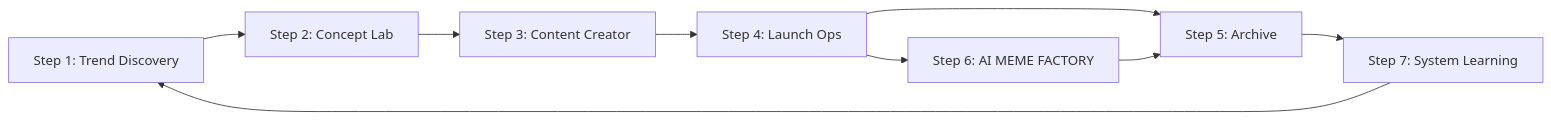
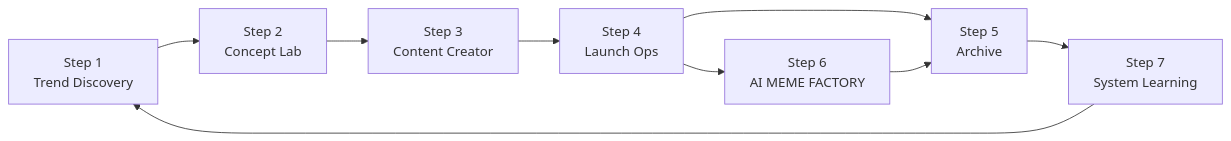
The first of 2 diagrams in docs/stages/overview.mdx (0xchalker/mintlify-docs), drawn with Mermaid before and after one commit. The commit also changed other lines of this file and 1 other file, not shown here.

````diff
--- a/docs/stages/overview.mdx
+++ b/docs/stages/overview.mdx
@@ -24,11 +26,11 @@
 ```mermaid
 flowchart LR
-    A["Step 1: Trend Discovery"] --> B["Step 2: Concept Lab"]
-    B --> C["Step 3: Content Creator"]
-    C --> D["Step 4: Launch Ops"]
-    D --> E["Step 5: Archive"]
-    D --> F["Step 6: AI MEME FACTORY"]
+    A["Step 1<br/>Trend Discovery"] --> B["Step 2<br/>Concept Lab"]
+    B --> C["Step 3<br/>Content Creator"]
+    C --> D["Step 4<br/>Launch Ops"]
+    D --> E["Step 5<br/>Archive"]
+    D --> F["Step 6<br/>AI MEME FACTORY"]
     F --> E
-    E --> G["Step 7: System Learning"]
+    E --> G["Step 7<br/>System Learning"]
     G --> A
 ```
````
